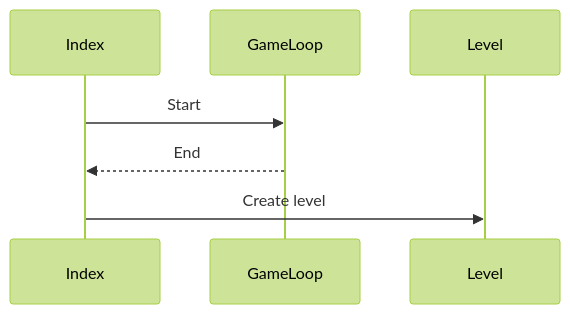
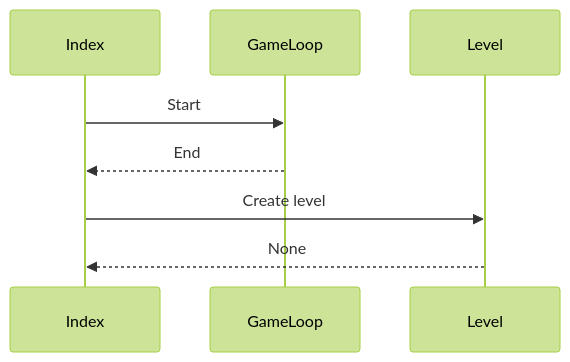
One commit to AapoTuulentie/ot-harjoitusty- changed the second of 2 diagrams in dokumentaatio/arkkitehtuuri.md. Above: the diagram before and after it, drawn with Mermaid (forest theme).

````diff
--- a/dokumentaatio/arkkitehtuuri.md
+++ b/dokumentaatio/arkkitehtuuri.md
@@ -27,11 +27,12 @@
 ```mermaid
     sequenceDiagram
         
         participant Index
         participant GameLoop
         participant Level
         Index ->> GameLoop: Start
         GameLoop -->> Index: End
         Index ->> Level: Create level
-
+        Level -->> Index: None
+        
 ```
````
